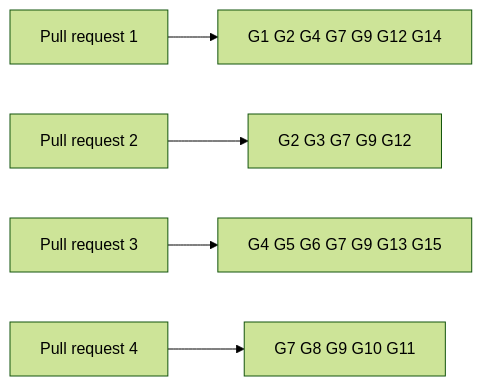
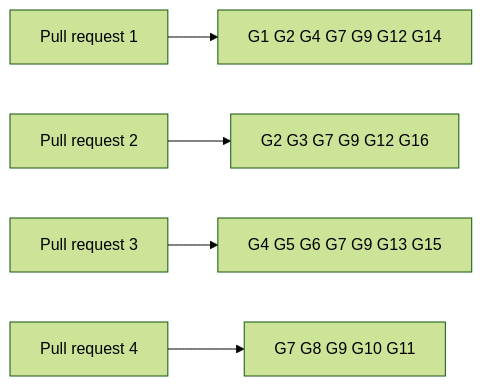
Before and after one commit to lambdasistemi/singular: the diagram in specs/742-create-register-no-pin/gate.md, drawn with Mermaid (forest theme). The commit also changed other lines of this file and 5 other files, not shown here.

````diff
--- a/specs/742-create-register-no-pin/gate.md
+++ b/specs/742-create-register-no-pin/gate.md
@@ -38,7 +39,7 @@
 ```mermaid
 flowchart LR
     P1[Pull request 1] --> R1[G1 G2 G4 G7 G9 G12 G14]
-    P2[Pull request 2] --> R2[G2 G3 G7 G9 G12]
+    P2[Pull request 2] --> R2[G2 G3 G7 G9 G12 G16]
     P3[Pull request 3] --> R3[G4 G5 G6 G7 G9 G13 G15]
     P4[Pull request 4] --> R4[G7 G8 G9 G10 G11]
 ```
````
